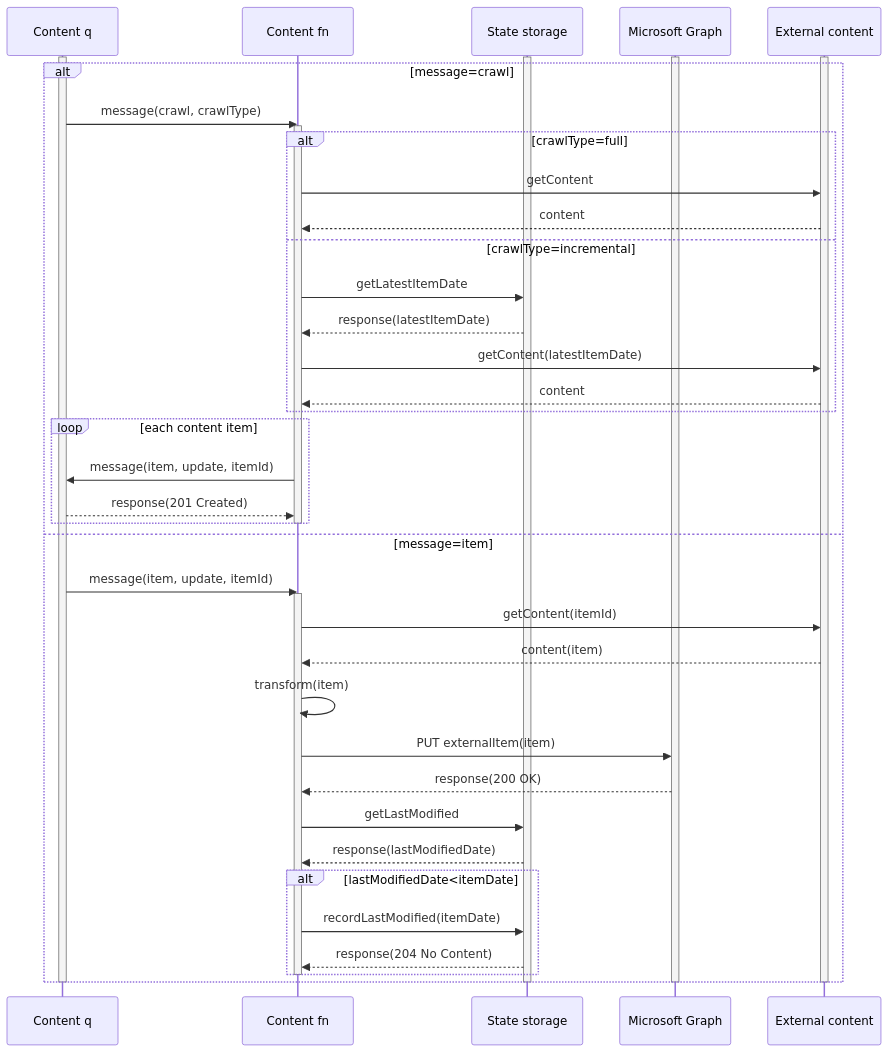
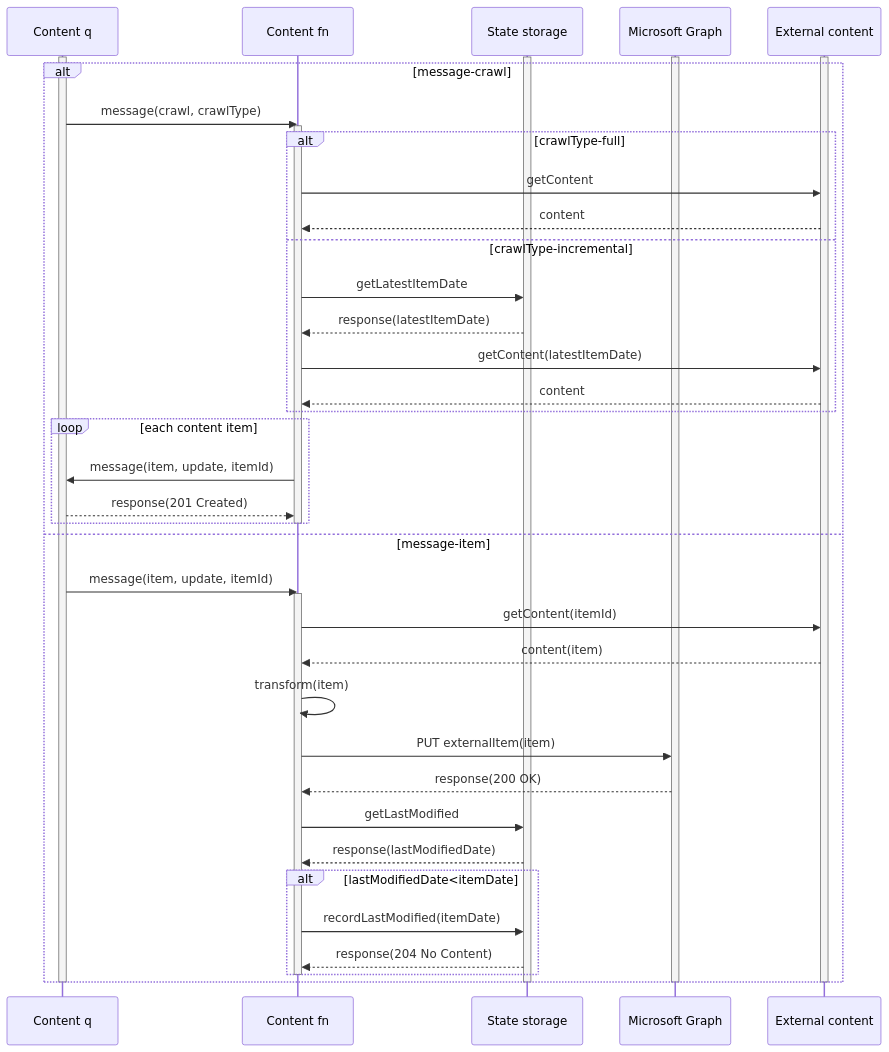
The seventh of 8 diagrams in readme.md (garrytrinder/food-catalog-graph-connector), drawn with Mermaid before and after one commit. The commit also changed other lines of this file, not shown here.

````diff
--- a/readme.md
+++ b/readme.md
@@ -241,55 +286,55 @@
 ```mermaid
 sequenceDiagram
   participant Content q
   participant Content fn
   participant State storage
   participant Microsoft Graph
   participant External content
   
   activate Content q
   activate State storage
   activate Microsoft Graph
   activate External content
 
-  alt message=crawl
+  alt message-crawl
     Content q->>Content fn:message(crawl, crawlType)
     activate Content fn
-    alt crawlType=full
+    alt crawlType-full
       Content fn->>External content:getContent
       External content-->>Content fn:content
-    else crawlType=incremental
+    else crawlType-incremental
       Content fn->>State storage:getLatestItemDate
       State storage-->>Content fn:response(latestItemDate)
       Content fn->>External content:getContent(latestItemDate)
       External content-->>Content fn:content
     end
     
     loop each content item
       Content fn->>Content q:message(item, update, itemId)
       Content q-->>Content fn:response(201 Created)
     end
     deactivate Content fn
-  else message=item
+  else message-item
     Content q->>Content fn:message(item, update, itemId)
     activate Content fn
     Content fn->>External content:getContent(itemId)
     External content-->>Content fn:content(item)
     Content fn->>Content fn:transform(item)
     Content fn->>Microsoft Graph:PUT externalItem(item)
     Microsoft Graph-->>Content fn:response(200 OK)
 
     Content fn->>State storage:getLastModified
     State storage-->>Content fn:response(lastModifiedDate)
 
     alt lastModifiedDate<itemDate
       Content fn->>State storage:recordLastModified(itemDate)
       State storage-->>Content fn:response(204 No Content)
     end
     deactivate Content fn
   end
   
   deactivate External content
   deactivate Microsoft Graph
   deactivate Content q
   deactivate State storage
 ```
````
